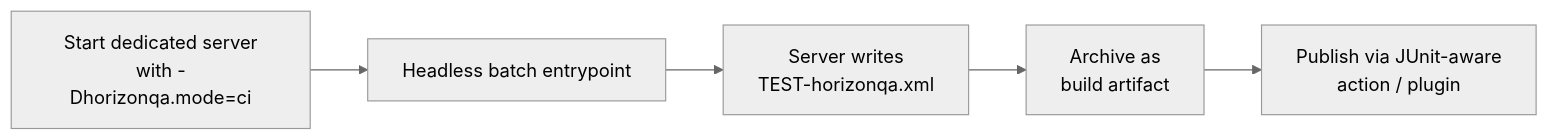
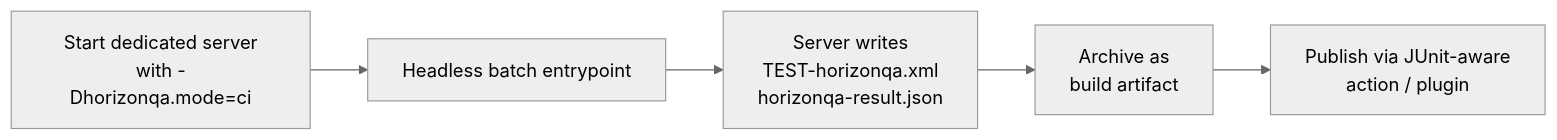
Before and after one commit to GTNewHorizons/Horizon-QA: the diagram in docs/guide/ci.md, drawn with Mermaid (neutral theme). The commit also changed other lines of this file and 5 other files, not shown here.

````diff
--- a/docs/guide/ci.md
+++ b/docs/guide/ci.md
@@ -45,7 +47,7 @@
 ```mermaid
 flowchart LR
     A[Start dedicated server<br/>with -Dhorizonqa.mode=ci] --> B[Headless batch entrypoint]
-    B --> C[Server writes<br/>TEST-horizonqa.xml]
+    B --> C[Server writes<br/>TEST-horizonqa.xml<br/>horizonqa-result.json]
     C --> D[Archive as<br/>build artifact]
     D --> E[Publish via JUnit-aware<br/>action / plugin]
 ```
````
